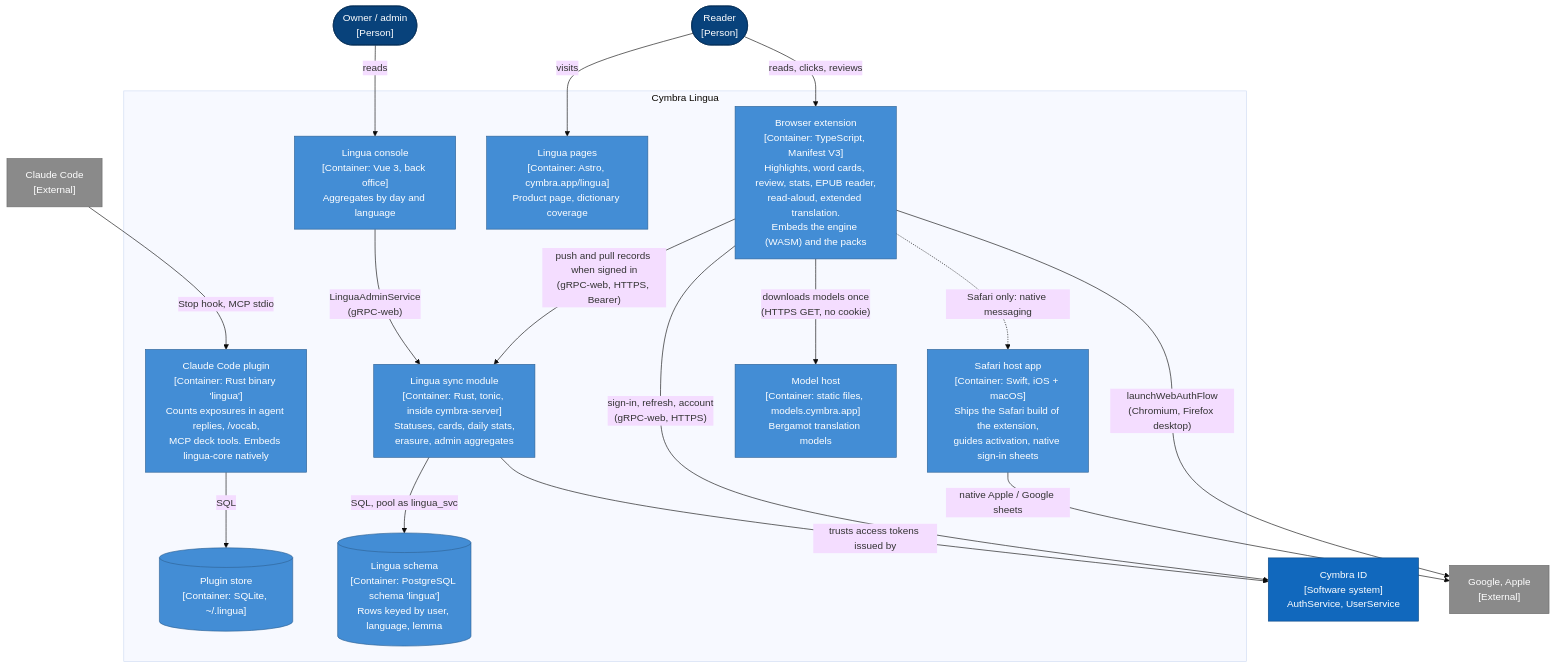
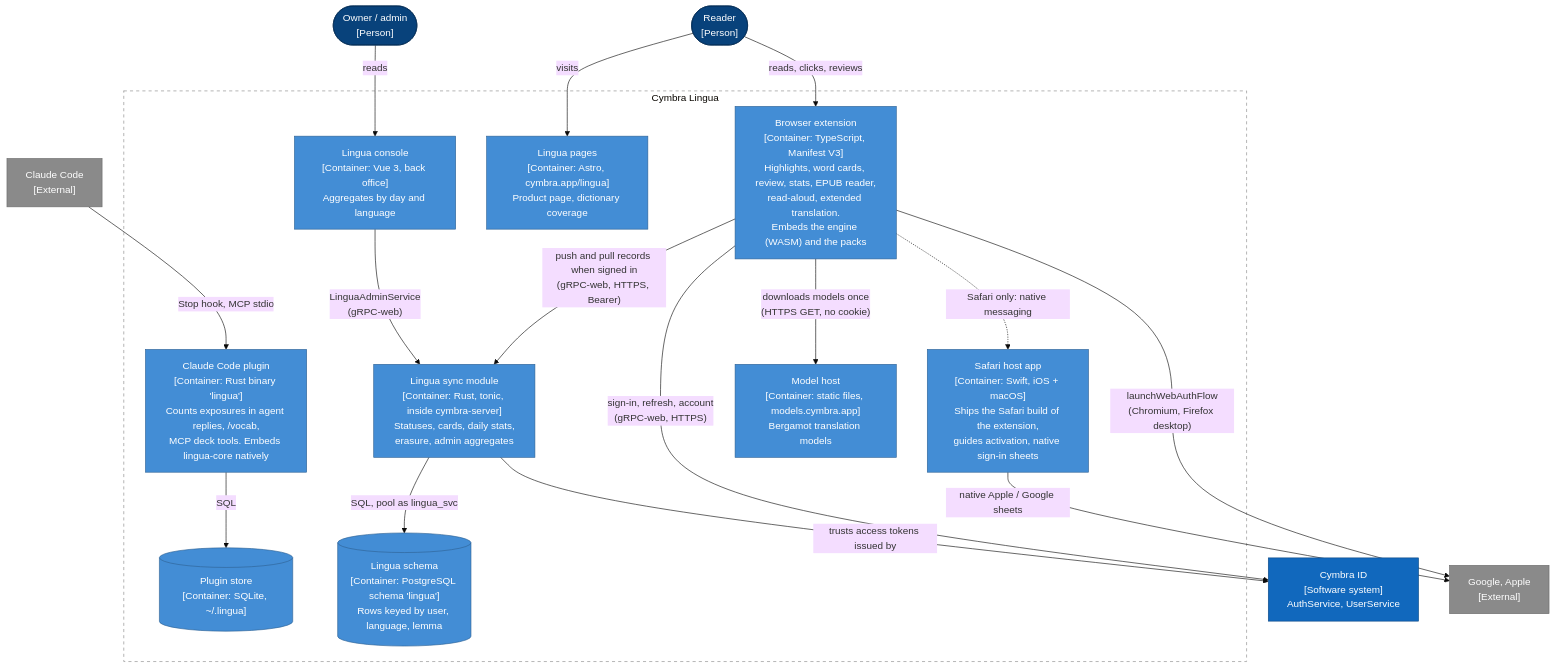
Before and after one commit to NEETROF/cymbra: the third of 15 diagrams in docs/lingua/architecture.md, drawn with Mermaid (base theme). The commit also changed other lines of this file and 1 other file, not shown here.

Commit message:
docs(lingua): link the architecture, dashed boundaries, accuracy fixes

````diff
--- a/docs/lingua/architecture.md
+++ b/docs/lingua/architecture.md
@@ -166,41 +166,42 @@
 ```mermaid
 flowchart TB
     reader(["Reader<br/>[Person]"]):::person
     owner(["Owner / admin<br/>[Person]"]):::person
     claude["Claude Code<br/>[External]"]:::external
 
     subgraph lingua ["Cymbra Lingua"]
         ext["Browser extension<br/>[Container: TypeScript, Manifest V3]<br/>Highlights, word cards, review, stats, EPUB reader,<br/>read-aloud, extended translation.<br/>Embeds the engine (WASM) and the packs"]:::container
         host["Safari host app<br/>[Container: Swift, iOS + macOS]<br/>Ships the Safari build of the extension,<br/>guides activation, native sign-in sheets"]:::container
         agent["Claude Code plugin<br/>[Container: Rust binary 'lingua']<br/>Counts exposures in agent replies, /vocab,<br/>MCP deck tools. Embeds lingua-core natively"]:::container
         agentdb[("Plugin store<br/>[Container: SQLite, ~/.lingua]")]:::container
         sync["Lingua sync module<br/>[Container: Rust, tonic, inside cymbra-server]<br/>Statuses, cards, daily stats,<br/>erasure, admin aggregates"]:::container
         db[("Lingua schema<br/>[Container: PostgreSQL schema 'lingua']<br/>Rows keyed by user, language, lemma")]:::container
         models["Model host<br/>[Container: static files, models.cymbra.app]<br/>Bergamot translation models"]:::container
         site["Lingua pages<br/>[Container: Astro, cymbra.app/lingua]<br/>Product page, dictionary coverage"]:::container
         console["Lingua console<br/>[Container: Vue 3, back office]<br/>Aggregates by day and language"]:::container
     end
 
     cid["Cymbra ID<br/>[Software system]<br/>AuthService, UserService"]:::system
     idp["Google, Apple<br/>[External]"]:::external
 
     reader -- "reads, clicks, reviews" --> ext
     reader -- "visits" --> site
     ext -- "push and pull records when signed in<br/>(gRPC-web, HTTPS, Bearer)" --> sync
     ext -- "sign-in, refresh, account<br/>(gRPC-web, HTTPS)" --> cid
     ext -- "downloads models once<br/>(HTTPS GET, no cookie)" --> models
     ext -. "Safari only: native messaging" .-> host
     ext -- "launchWebAuthFlow<br/>(Chromium, Firefox desktop)" --> idp
     host -- "native Apple / Google sheets" --> idp
     sync -- "SQL, pool as lingua_svc" --> db
     sync -- "trusts access tokens issued by" --> cid
     claude -- "Stop hook, MCP stdio" --> agent
     agent -- "SQL" --> agentdb
     owner -- "reads" --> console
     console -- "LinguaAdminService<br/>(gRPC-web)" --> sync
 
     classDef person fill:#08427b,stroke:#052e56,color:#ffffff
     classDef system fill:#1168bd,stroke:#0b4884,color:#ffffff
     classDef container fill:#438dd5,stroke:#2e6295,color:#ffffff
     classDef external fill:#8a8a8a,stroke:#6b6b6b,color:#ffffff
+    style lingua fill:none,stroke:#888888,stroke-dasharray:5 5
 ```
````
